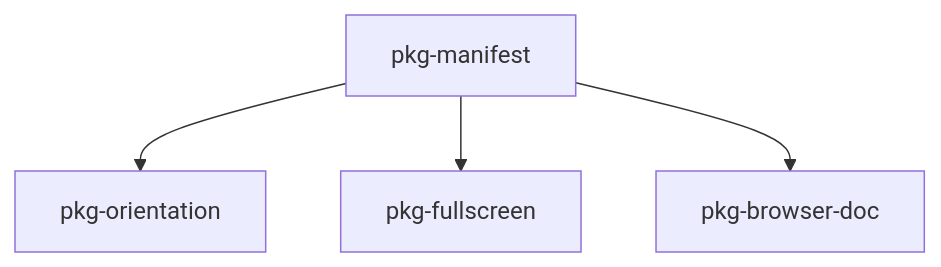
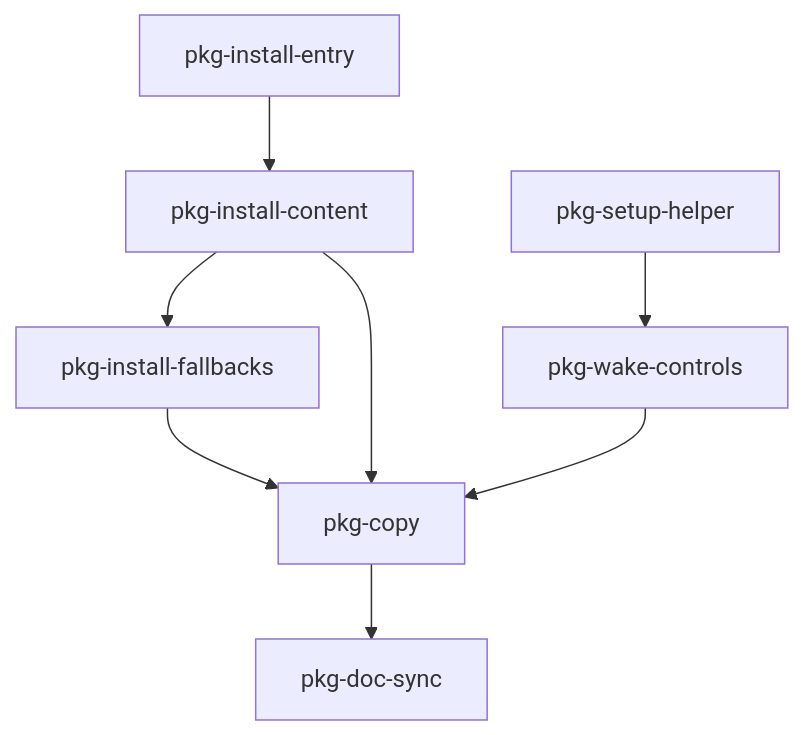
The diagram in docs/planning/pwa/implementation-plan.md (peterhoward42/tideclock), drawn with Mermaid before and after one commit. The commit also changed other lines of this file and 7 other files, not shown here.

````diff
--- a/docs/planning/pwa/implementation-plan.md
+++ b/docs/planning/pwa/implementation-plan.md
@@ -166,11 +198,18 @@
 ```mermaid
 flowchart TD
-  manifest[pkg-manifest]
-  orient[pkg-orientation]
-  full[pkg-fullscreen]
-  browsers[pkg-browser-doc]
+  installEntry[pkg-install-entry]
+  installContent[pkg-install-content]
+  installFallbacks[pkg-install-fallbacks]
+  setup[pkg-setup-helper]
+  wake[pkg-wake-controls]
+  copy[pkg-copy]
+  docs[pkg-doc-sync]
 
-  manifest --> orient
-  manifest --> full
-  manifest --> browsers
+  installEntry --> installContent
+  installContent --> installFallbacks
+  installContent --> copy
+  setup --> wake
+  wake --> copy
+  installFallbacks --> copy
+  copy --> docs
 ```
````
